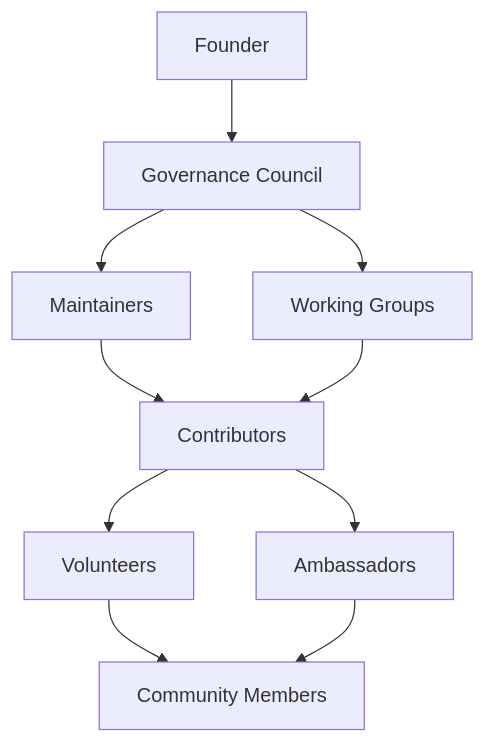
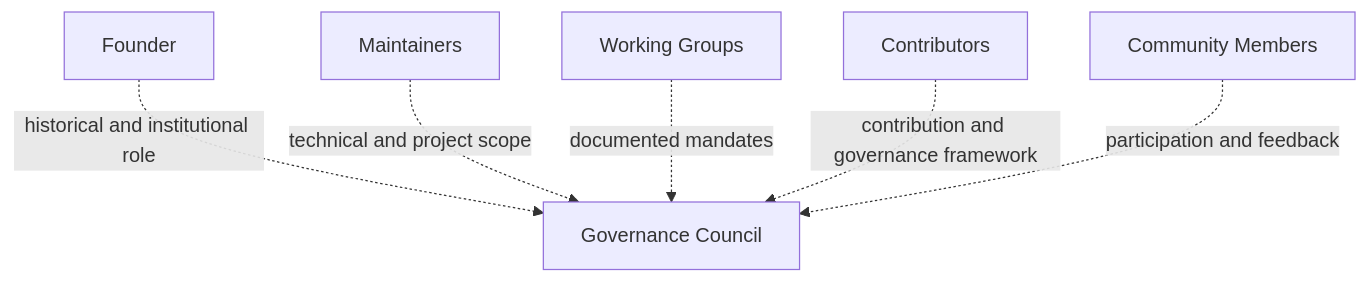
The first of 6 diagrams in GOVERNANCE.md (Celo-HaiTi/celoht-docs), drawn with Mermaid before and after one commit. The commit also changed other lines of this file and 3 other files, not shown here.

````diff
--- a/GOVERNANCE.md
+++ b/GOVERNANCE.md
@@ -118,12 +118,9 @@
 ```mermaid
 graph TD
-    A[Founder] --> B[Governance Council]
-    B --> C[Maintainers]
-    B --> D[Working Groups]
-    C --> E[Contributors]
-    D --> E
-    E --> F[Volunteers]
-    E --> G[Ambassadors]
-    F --> H[Community Members]
-    G --> H
+    A[Governance Council]
+    B[Founder] -. historical and institutional role .-> A
+    C[Maintainers] -. technical and project scope .-> A
+    D[Working Groups] -. documented mandates .-> A
+    E[Contributors] -. contribution and governance framework .-> A
+    F[Community Members] -. participation and feedback .-> A
 ```
````
